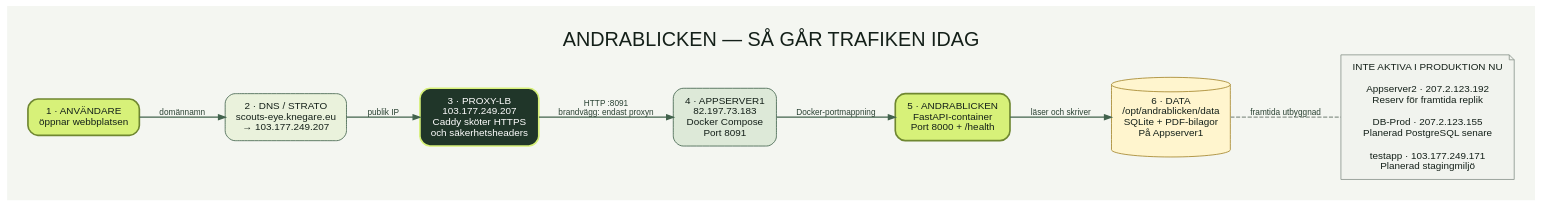
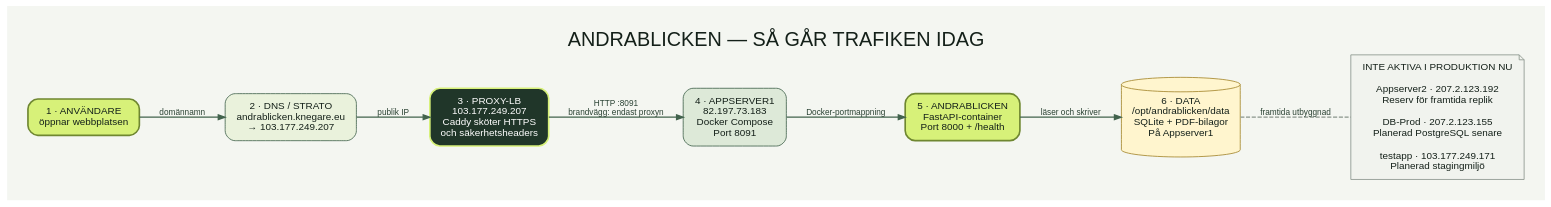
Before and after one commit to Harvare1/scouts-eye: the diagram in docs/infrastruktur.dot, drawn with Graphviz. The commit also changed 6 other files, not shown here.

```diff
--- a/docs/infrastruktur.dot
+++ b/docs/infrastruktur.dot
@@ -1,20 +1,20 @@
 digraph Infrastructure {
   graph [rankdir=LR, bgcolor="#F4F6F1", pad="0.35", nodesep="0.45", ranksep="0.7", fontname="Arial", label="ANDRABLICKEN — SÅ GÅR TRAFIKEN IDAG", labelloc="t", fontsize=24, fontcolor="#142019"];
   node [shape=box, style="rounded,filled", fontname="Arial", fontsize=12, color="#42634D", fontcolor="#142019", fillcolor="#FFFFFF", margin="0.18,0.13"];
   edge [fontname="Arial", fontsize=10, color="#42634D", fontcolor="#294132", arrowsize=0.8, penwidth=1.6];
 
   user [label="1 · ANVÄNDARE\nöppnar webbplatsen", fillcolor="#D7F179", color="#6F8731", penwidth=2];
-  dns [label="2 · DNS / STRATO\nscouts-eye.knegare.eu\n→ 103.177.249.207", fillcolor="#EAF2DC"];
+  dns [label="2 · DNS / STRATO\nandrablicken.knegare.eu\n→ 103.177.249.207", fillcolor="#EAF2DC"];
   proxy [label="3 · PROXY-LB\n103.177.249.207\nCaddy sköter HTTPS\noch säkerhetsheaders", fillcolor="#203629", fontcolor="#FFFFFF", color="#D7F179", penwidth=2];
   host [label="4 · APPSERVER1\n82.197.73.183\nDocker Compose\nPort 8091", fillcolor="#DDE9D8"];
   app [label="5 · ANDRABLICKEN\nFastAPI-container\nPort 8000 + /health", fillcolor="#D7F179", color="#6F8731", penwidth=2];
   data [shape=cylinder, label="6 · DATA\n/opt/andrablicken/data\nSQLite + PDF-bilagor\nPå Appserver1", fillcolor="#FFF5CE", color="#A4862C"];
   reserve [shape=note, label="INTE AKTIVA I PRODUKTION NU\n\nAppserver2 · 207.2.123.192\nReserv för framtida replik\n\nDB-Prod · 207.2.123.155\nPlanerad PostgreSQL senare\n\ntestapp · 103.177.249.171\nPlanerad stagingmiljö", fillcolor="#F1F3EE", color="#8A958C"];
 
   user -> dns [label="domännamn"];
   dns -> proxy [label="publik IP"];
   proxy -> host [label="HTTP :8091\nbrandvägg: endast proxyn"];
   host -> app [label="Docker-portmappning"];
   app -> data [label="läser och skriver"];
   data -> reserve [style=dashed, arrowhead=none, color="#8A958C", label="framtida utbyggnad"];
 }
```
